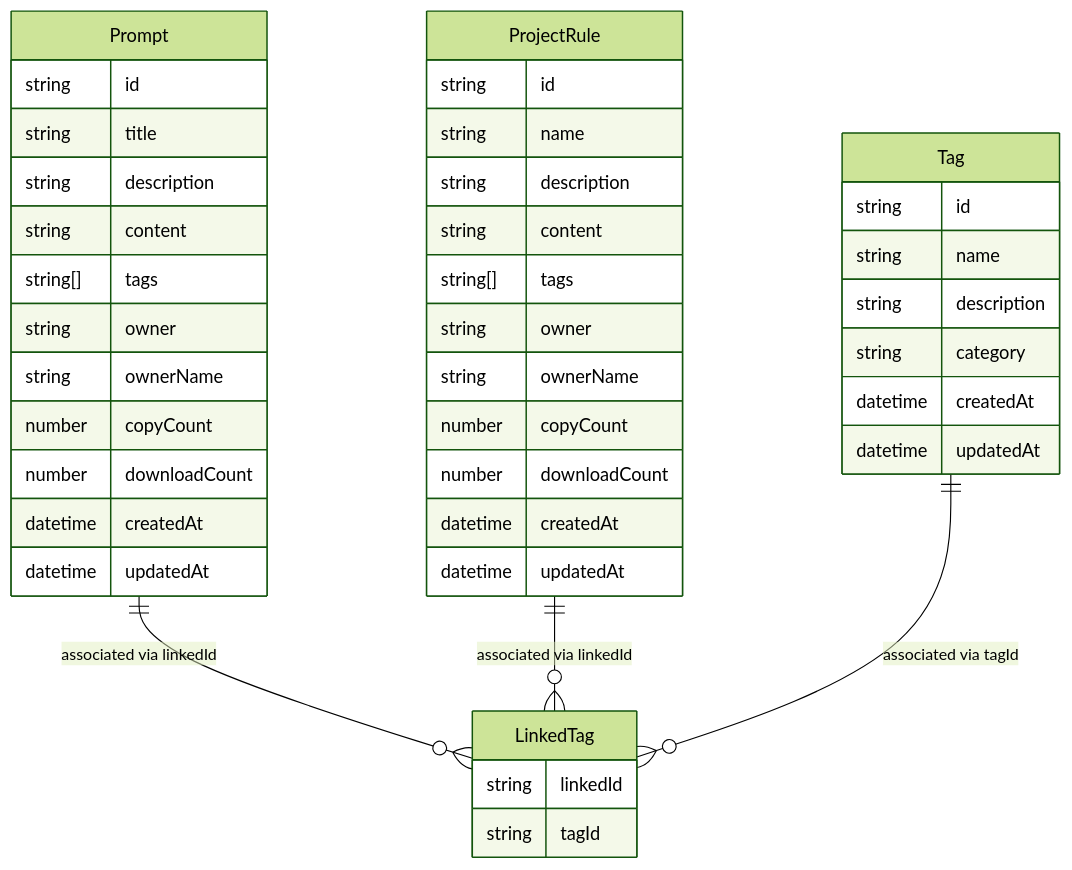
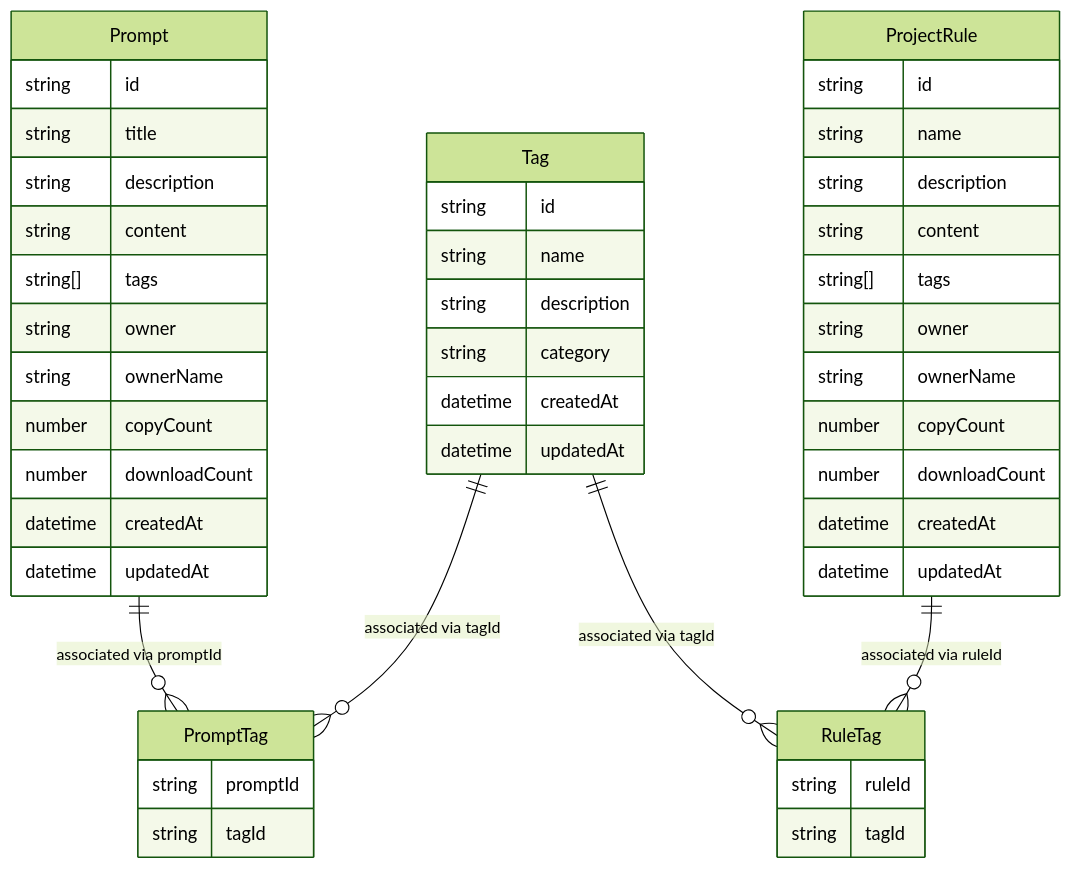
One commit to cremich/promptz changed the first of 2 diagrams in docs/specs/tag-management/spec.md. Above: the diagram before and after it, drawn with Mermaid (forest theme). The commit also changed other lines of this file and 1 other file, not shown here.

Commit message:
feat: implement foundational data models for tag-based discoverability
- Add Tag model with id, name, description, category fields
- Add LinkedTag join table for many-to-many relationships
- Configure public read access for Tag model with disabled mutations/subscriptions
- Configure owner-based access for LinkedTag model
- Add linkedTags hasMany relationships to Prompt and ProjectRule models
- Maintain backward compatibility with existing tags arrays
- Follow Amplify Gen 2 data modeling rules and authorization patterns

Implements foundational data structure for Issue #93

````diff
--- a/docs/specs/tag-management/spec.md
+++ b/docs/specs/tag-management/spec.md
@@ -143,45 +143,49 @@
 ```mermaid
 erDiagram
     Tag {
         string id
         string name
         string description
         string category
         datetime createdAt
         datetime updatedAt
     }
     Prompt {
         string id
         string title
         string description
         string content
         string[] tags
         string owner
         string ownerName
         number copyCount
         number downloadCount
         datetime createdAt
         datetime updatedAt
     }
     ProjectRule {
         string id
         string name
         string description
         string content
         string[] tags
         string owner
         string ownerName
         number copyCount
         number downloadCount
         datetime createdAt
         datetime updatedAt
     }
-    LinkedTag {
-        string linkedId
+    PromptTag {
+        string promptId
         string tagId
     }
-
-    Prompt ||--o{ LinkedTag : "associated via linkedId"
-    ProjectRule ||--o{ LinkedTag : "associated via linkedId"
-    Tag ||--o{ LinkedTag : "associated via tagId"
+    RuleTag {
+        string ruleId
+        string tagId
+    }
+    Prompt ||--o{ PromptTag : "associated via promptId"
+    ProjectRule ||--o{ RuleTag : "associated via ruleId"
+    Tag ||--o{ PromptTag : "associated via tagId"
+    Tag ||--o{ RuleTag : "associated via tagId"
 ```
````
